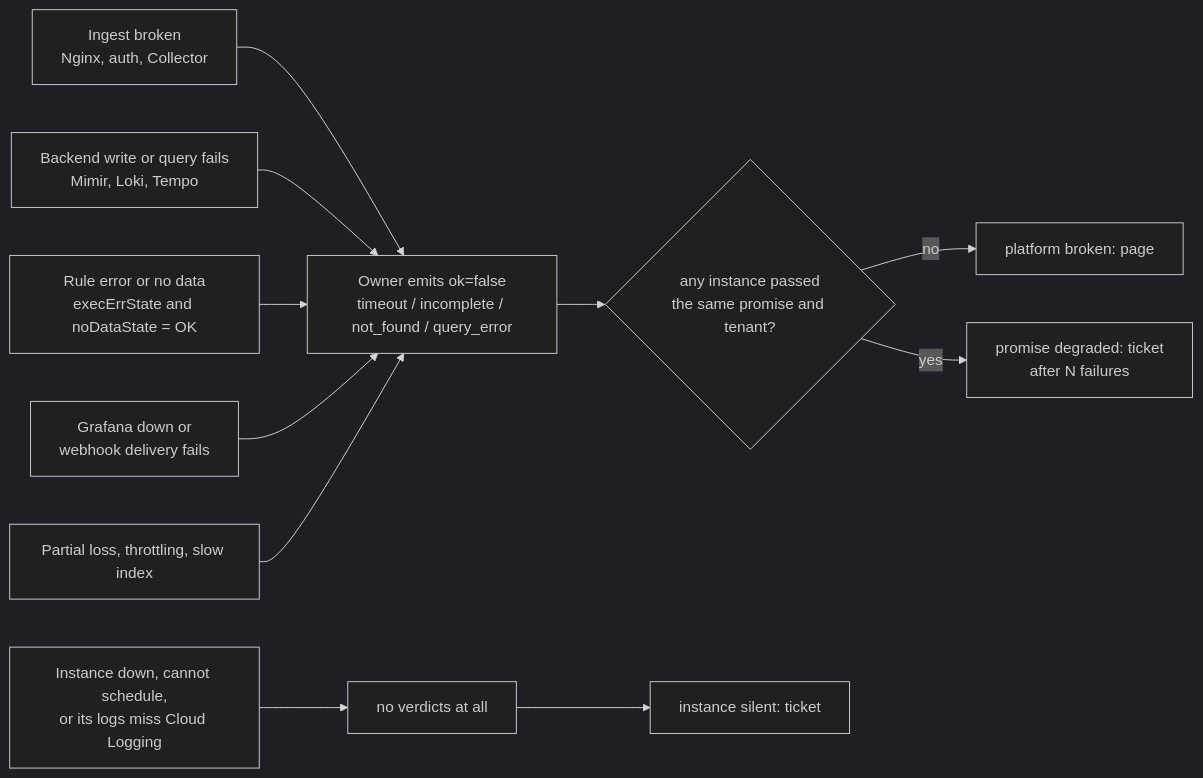
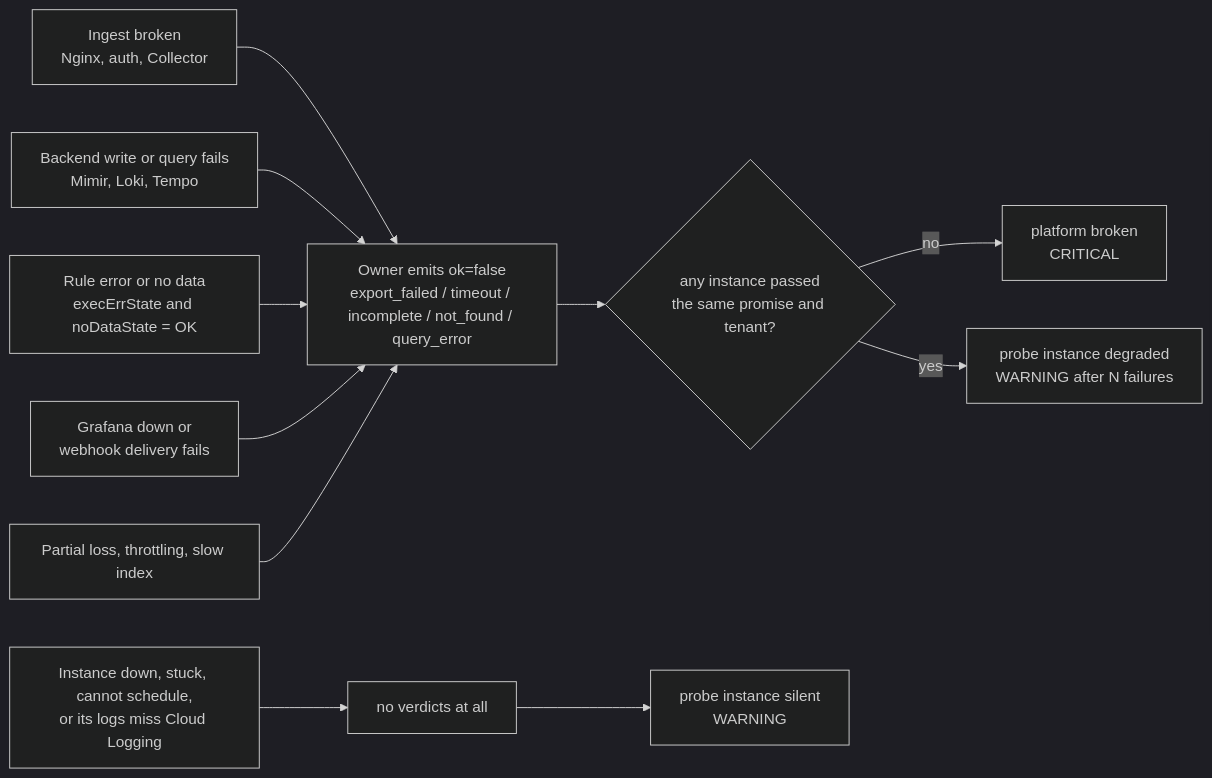
The fifth of 6 diagrams in heartbeat-probe/README.md (ileoliao/agent-repo), drawn with Mermaid (dark theme) before and after one commit. The commit also changed other lines of this file and 11 other files, not shown here.

````diff
--- a/heartbeat-probe/README.md
+++ b/heartbeat-probe/README.md
@@ -132,13 +132,13 @@
 ```mermaid
 flowchart LR
   F1["Ingest broken<br/>Nginx, auth, Collector"] --> V
   F2["Backend write or query fails<br/>Mimir, Loki, Tempo"] --> V
   F3["Rule error or no data<br/>execErrState and noDataState = OK"] --> V
   F4["Grafana down or<br/>webhook delivery fails"] --> V
   F5["Partial loss, throttling, slow index"] --> V
-  V["Owner emits ok=false<br/>timeout / incomplete / not_found / query_error"]
+  V["Owner emits ok=false<br/>export_failed / timeout / incomplete / not_found / query_error"]
   V --> B{"any instance passed<br/>the same promise and tenant?"}
-  B -- no --> P1["platform broken: page"]
-  B -- yes --> P2["promise degraded: ticket<br/>after N failures"]
-  D["Instance down, cannot schedule,<br/>or its logs miss Cloud Logging"] --> Z["no verdicts at all"] --> P3["instance silent: ticket"]
+  B -- no --> P1["platform broken<br/>CRITICAL"]
+  B -- yes --> P2["probe instance degraded<br/>WARNING after N failures"]
+  D["Instance down, stuck, cannot schedule,<br/>or its logs miss Cloud Logging"] --> Z["no verdicts at all"] --> P3["probe instance silent<br/>WARNING"]
 ```
````
